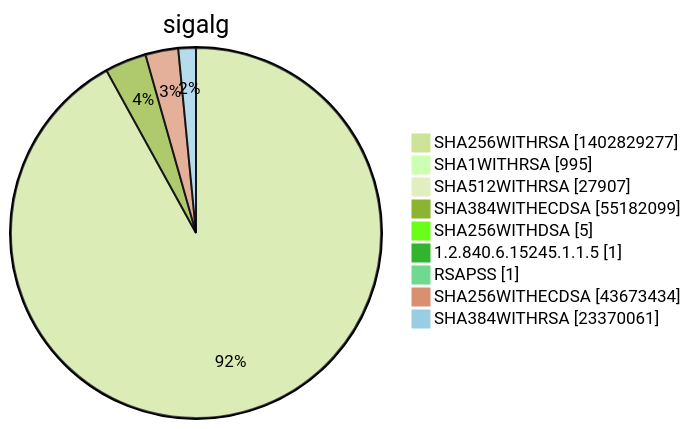
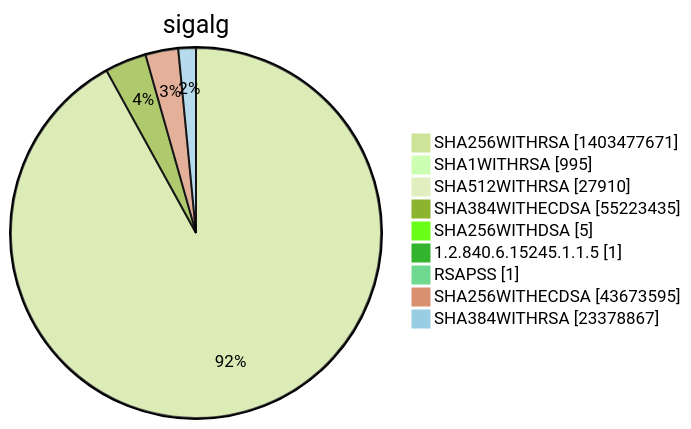
Diagram 15 of 15 in xenon2022/README.md (christiankrug/ctmonitor_visualization), drawn with Mermaid (forest theme) before and after one commit. The commit also changed other lines of this file, not shown here.

````diff
--- a/xenon2022/README.md
+++ b/xenon2022/README.md
@@ -5856,13 +5856,13 @@
 ```mermaid
 pie showData
 title sigalg
-"SHA256WITHRSA" :1402829277
+"SHA256WITHRSA" :1403477671
 "SHA1WITHRSA" :995
-"SHA512WITHRSA" :27907
-"SHA384WITHECDSA" :55182099
+"SHA512WITHRSA" :27910
+"SHA384WITHECDSA" :55223435
 "SHA256WITHDSA" :5
 "1.2.840.6.15245.1.1.5" :1
 "RSAPSS" :1
-"SHA256WITHECDSA" :43673434
-"SHA384WITHRSA" :23370061
+"SHA256WITHECDSA" :43673595
+"SHA384WITHRSA" :23378867
 ```
````
